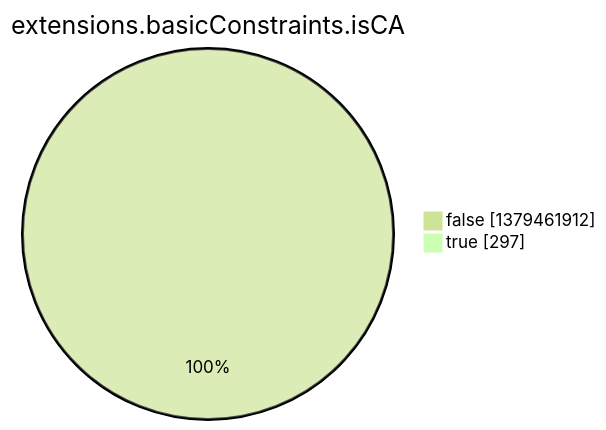
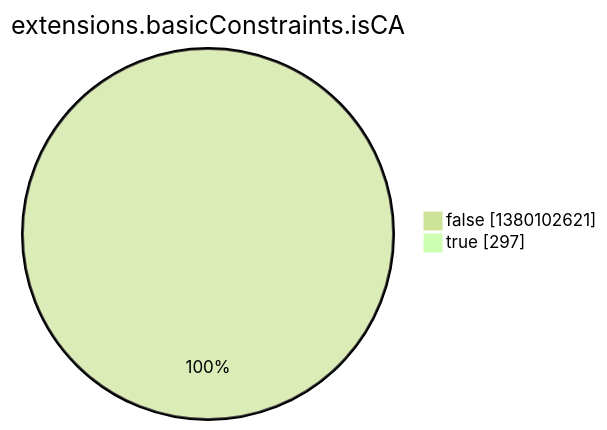
The eighth of 15 diagrams in argon2022/README.md (christiankrug/ctmonitor_visualization), drawn with Mermaid (forest theme) before and after one commit. The commit also changed other lines of this file, not shown here.

````diff
--- a/argon2022/README.md
+++ b/argon2022/README.md
@@ -2759,6 +2759,6 @@
 ```mermaid
 pie showData
 title extensions.basicConstraints.isCA
-"false" :1379461912
+"false" :1380102621
 "true" :297
 ```
````
